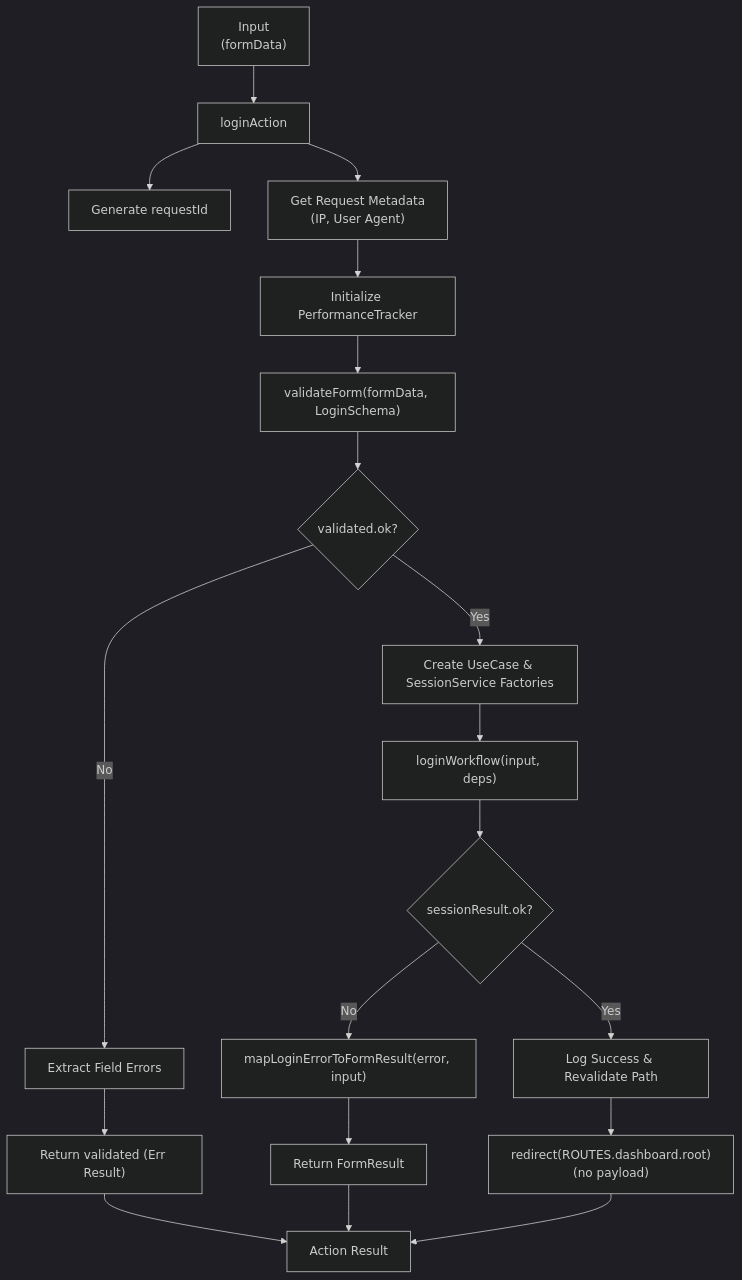
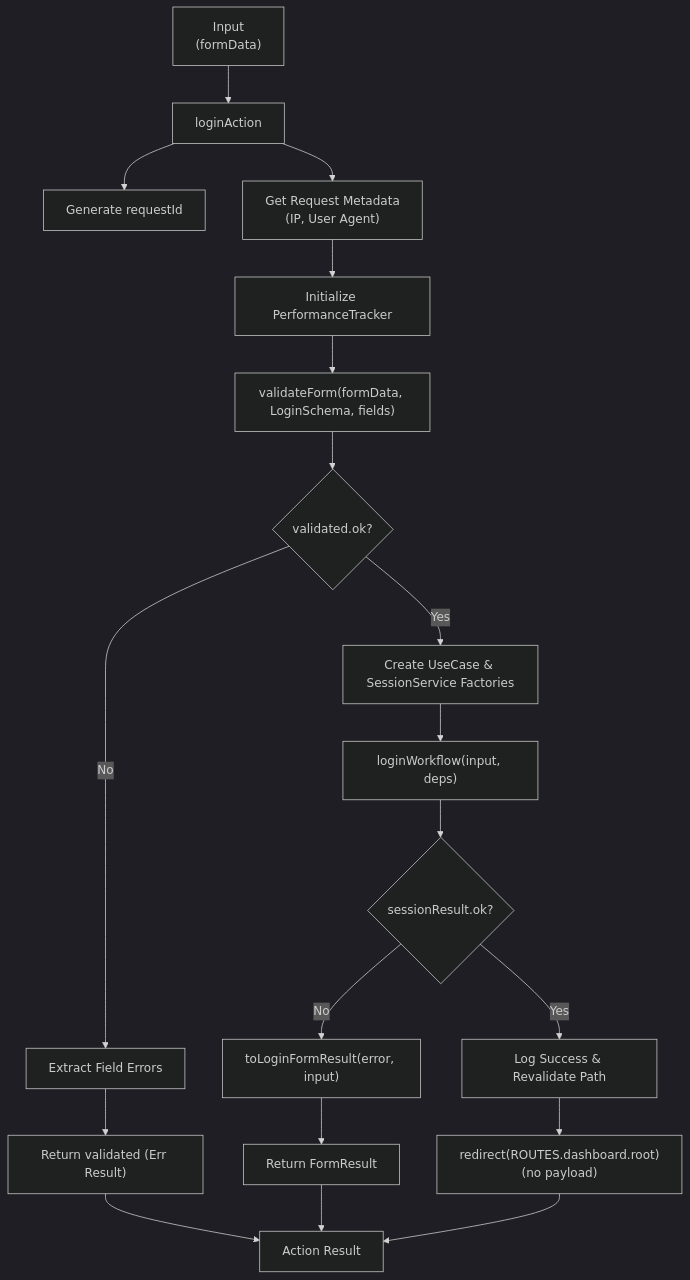
The first of 6 diagrams in src/modules/auth/notes/flowcharts.md (andrewpetersondev/nextjs-dashboard), drawn with Mermaid (dark theme) before and after one commit. The commit also changed other lines of this file and 31 other files, not shown here.

````diff
--- a/src/modules/auth/notes/flowcharts.md
+++ b/src/modules/auth/notes/flowcharts.md
@@ -9,40 +9,40 @@
 ```mermaid
 flowchart TD
 %% Inputs
   A["Input<br/>(formData)"] --> B[loginAction]
 
 %% Preparation
   B --> C["Generate requestId"]
   B --> D["Get Request Metadata<br/>(IP, User Agent)"]
   D --> TRACK["Initialize PerformanceTracker"]
 
 %% Validation
-  TRACK --> E["validateForm(formData, LoginSchema)"]
+  TRACK --> E["validateForm(formData, LoginSchema, fields)"]
 
 %% Validation Decision
   E --> F{"validated.ok?"}
 
 %% Validation Error Path
   F -->|No| G["Extract Field Errors"]
   G --> H["Return validated (Err Result)"]
 
 %% Workflow Execution
   F -->|Yes| I["Create UseCase & SessionService Factories"]
   I --> J["loginWorkflow(input, deps)"]
 
 %% Workflow Result Decision
   J --> K{"sessionResult.ok?"}
 
 %% Workflow Failure Path
-  K -->|No| L["mapLoginErrorToFormResult(error, input)"]
+  K -->|No| L["toLoginFormResult(error, input)"]
   L --> M["Return FormResult"]
 
 %% Workflow Success Path
   K -->|Yes| N["Log Success & Revalidate Path"]
   N --> O["redirect(ROUTES.dashboard.root)<br/>(no payload)"]
 
 %% Outputs
   H --> Z["Action Result"]
   M --> Z
   O --> Z
 ```
````
